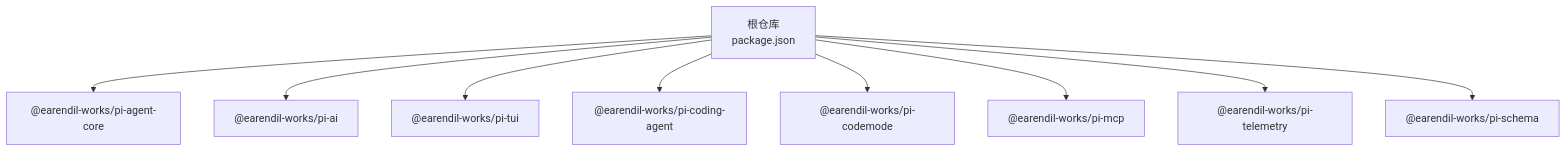
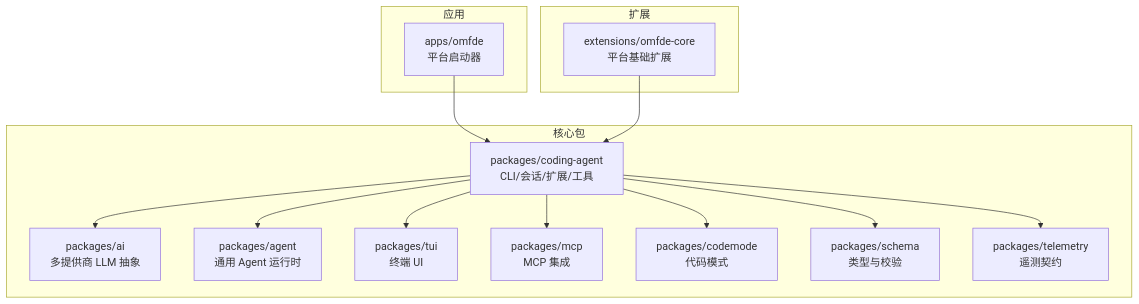
One commit to FDE-GROUP/oh-my-coding-agent changed the first of 9 diagrams in .qoder/repowiki/zh/content/项目概述/架构概览.md. Above: the diagram before and after it, drawn with Mermaid. The commit also changed other lines of this file and 755 other files, not shown here.

````diff
--- a/.qoder/repowiki/zh/content/项目概述/架构概览.md
+++ b/.qoder/repowiki/zh/content/项目概述/架构概览.md
@@ -48,11 +40,28 @@
 ```mermaid
 graph TB
-root["根仓库<br/>package.json"] --> agent["@earendil-works/pi-agent-core"]
-root --> ai["@earendil-works/pi-ai"]
-root --> tui["@earendil-works/pi-tui"]
-root --> coding_agent["@earendil-works/pi-coding-agent"]
-root --> codemode["@earendil-works/pi-codemode"]
-root --> mcp["@earendil-works/pi-mcp"]
-root --> telemetry["@earendil-works/pi-telemetry"]
-root --> schema["@earendil-works/pi-schema"]
+subgraph "应用"
+OM["apps/omfde<br/>平台启动器"]
+end
+subgraph "核心包"
+CA["packages/coding-agent<br/>CLI/会话/扩展/工具"]
+AI["packages/ai<br/>多提供商 LLM 抽象"]
+AG["packages/agent<br/>通用 Agent 运行时"]
+TUI["packages/tui<br/>终端 UI"]
+MCP["packages/mcp<br/>MCP 集成"]
+CODEMODE["packages/codemode<br/>代码模式"]
+SCHEMA["packages/schema<br/>类型与校验"]
+TELEMETRY["packages/telemetry<br/>遥测契约"]
+end
+subgraph "扩展"
+EXT["extensions/omfde-core<br/>平台基础扩展"]
+end
+OM --> CA
+CA --> AI
+CA --> TUI
+CA --> MCP
+CA --> CODEMODE
+CA --> SCHEMA
+CA --> TELEMETRY
+CA --> AG
+EXT --> CA
 ```
````
